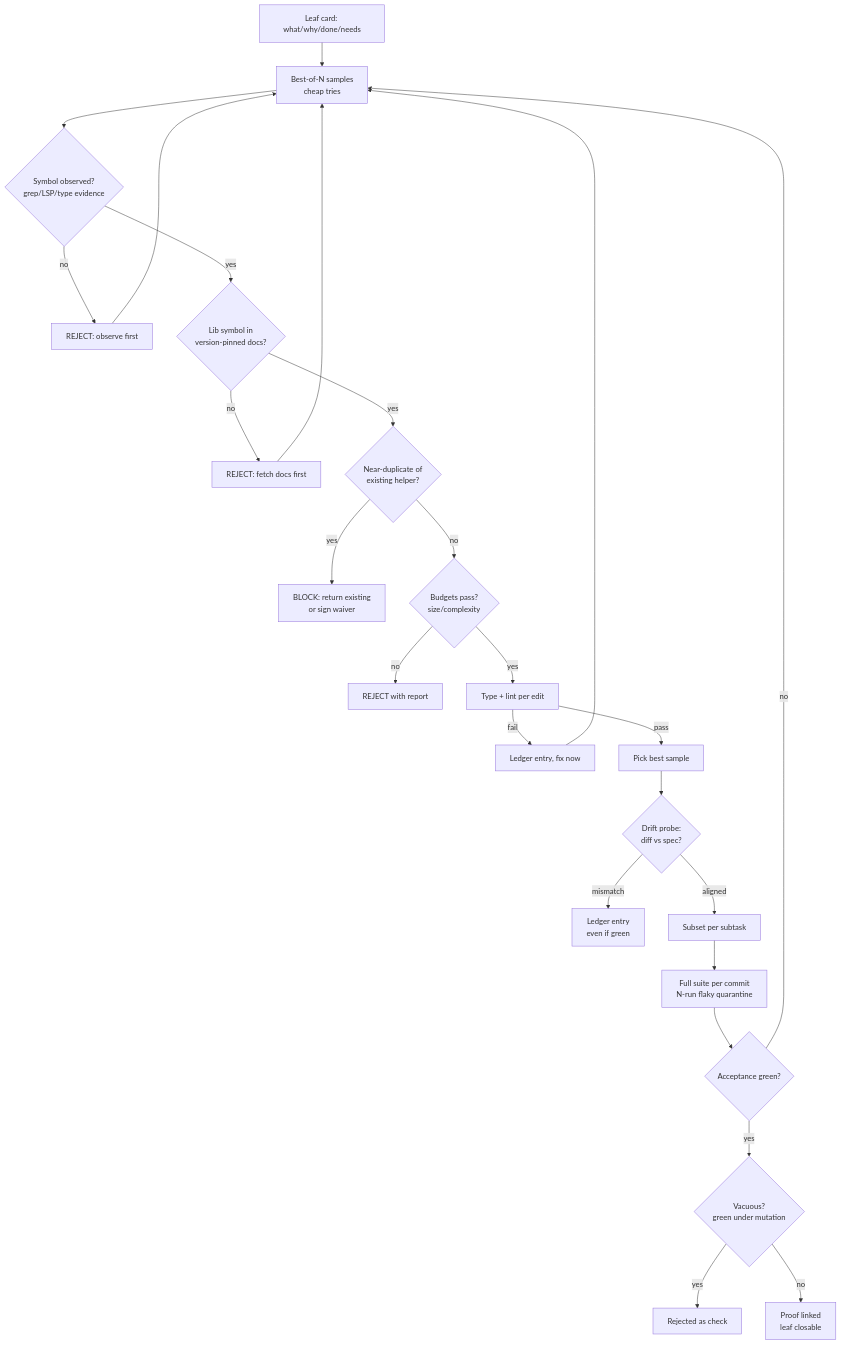
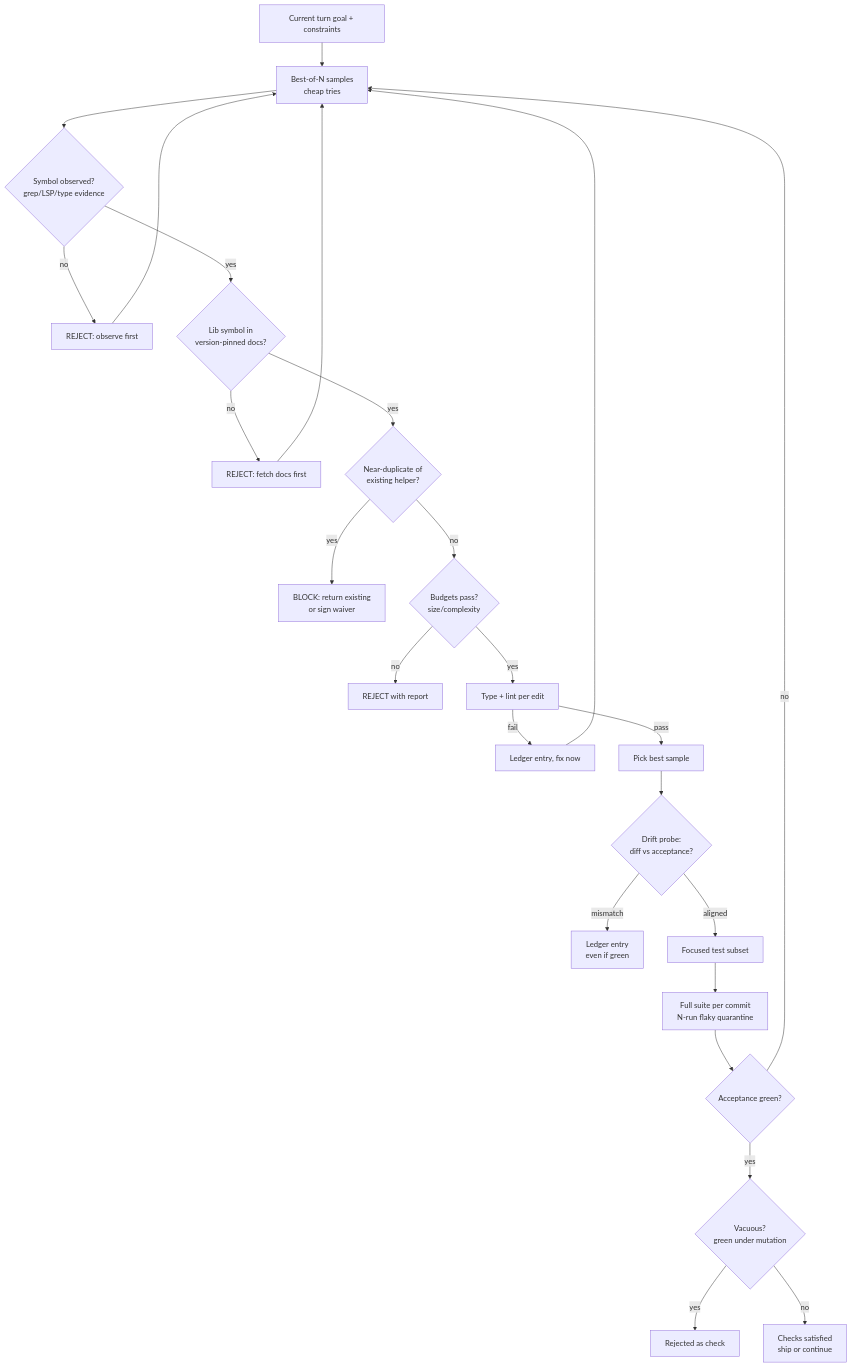
One commit to sandeshwar/super changed the diagram in docs/diagrams/write-gate.md. Above: the diagram before and after it, drawn with Mermaid. The commit also changed other lines of this file and 60 other files, not shown here.

````diff
--- a/docs/diagrams/write-gate.md
+++ b/docs/diagrams/write-gate.md
@@ -3,27 +3,27 @@
 ```mermaid
 flowchart TD
-    LEAF[Leaf card: what/why/done/needs] --> S[Best-of-N samples<br/>cheap tries]
+    TURN[Current turn goal + constraints] --> S[Best-of-N samples<br/>cheap tries]
     S --> G1{Symbol observed?<br/>grep/LSP/type evidence}
     G1 -- no --> R1[REJECT: observe first]
     R1 --> S
     G1 -- yes --> G2{Lib symbol in<br/>version-pinned docs?}
     G2 -- no --> R2[REJECT: fetch docs first]
     R2 --> S
     G2 -- yes --> G3{Near-duplicate of<br/>existing helper?}
     G3 -- yes --> R3[BLOCK: return existing<br/>or sign waiver]
     G3 -- no --> G4{Budgets pass?<br/>size/complexity}
     G4 -- no --> R4[REJECT with report]
     G4 -- yes --> V1[Type + lint per edit]
     V1 -- fail --> IL1[Ledger entry, fix now]
     IL1 --> S
     V1 -- pass --> PICK[Pick best sample]
-    PICK --> DP{Drift probe:<br/>diff vs spec?}
+    PICK --> DP{Drift probe:<br/>diff vs acceptance?}
     DP -- mismatch --> IL2[Ledger entry<br/>even if green]
-    DP -- aligned --> L2[Subset per subtask]
+    DP -- aligned --> L2[Focused test subset]
     L2 --> L3[Full suite per commit<br/>N-run flaky quarantine]
     L3 --> SPEC{Acceptance green?}
     SPEC -- no --> S
     SPEC -- yes --> MUT{Vacuous?<br/>green under mutation}
     MUT -- yes --> REJ[Rejected as check]
-    MUT -- no --> PROOF[Proof linked<br/>leaf closable]
+    MUT -- no --> DONE[Checks satisfied<br/>ship or continue]
 ```
````
